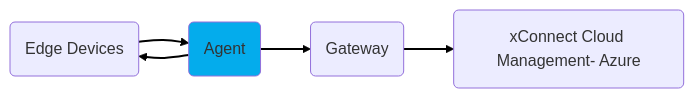
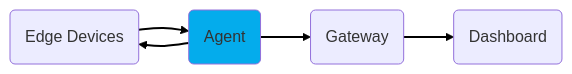
Before and after one commit to senecaxconnect/xconnect_docs: the second of 4 diagrams in docs/Platform_Overview.md, drawn with Mermaid. The commit also changed other lines of this file and 10 other files, not shown here.

````diff
--- a/docs/Platform_Overview.md
+++ b/docs/Platform_Overview.md
@@ -72,9 +71,9 @@
 ```mermaid
       graph LR
           A(Edge Devices) --> B(Agent)
           style B fill:#04acec
           B --> A
           B -->C(Gateway)
-          C -->E(xConnect Cloud Management- Azure);
+          C -->D(Dashboard);
           linkStyle default stroke-width:2px,fill:none,stroke:black;
 ```
````
